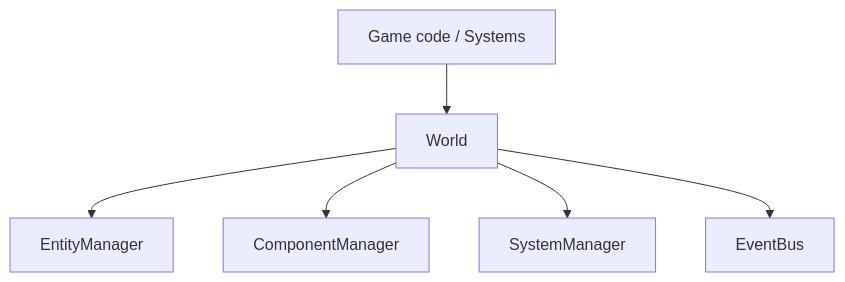
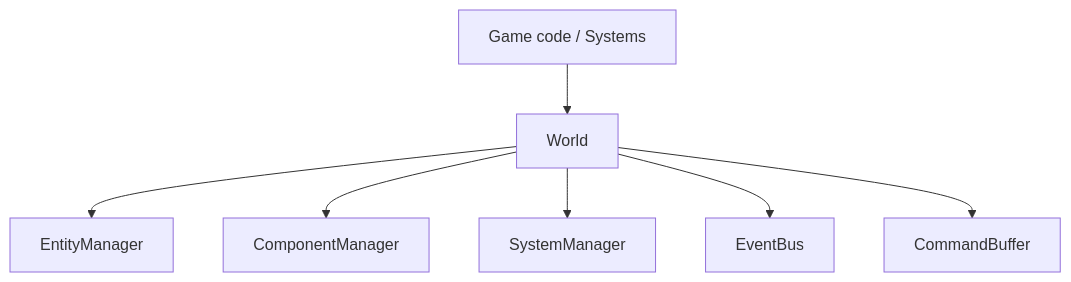
The diagram in src/ecs/World/README.md (Thibani/R-Type), drawn with Mermaid before and after one commit. The commit also changed other lines of this file and 11 other files, not shown here.

Commit message:
feat(ecs): add command buffer for deferred structural changes

````diff
--- a/src/ecs/World/README.md
+++ b/src/ecs/World/README.md
@@ -24,8 +25,9 @@
 ```mermaid
 flowchart TD
     Game[Game code / Systems] --> World
     World --> EntityManager
     World --> ComponentManager
     World --> SystemManager
     World --> EventBus
+    World --> CommandBuffer
 ```
````
